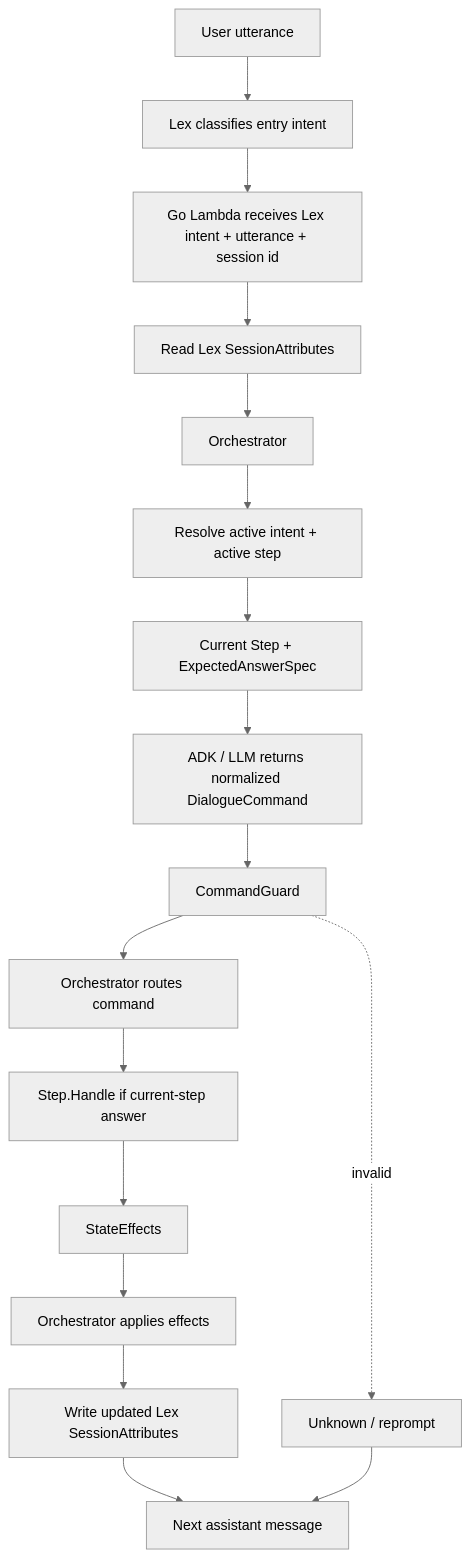
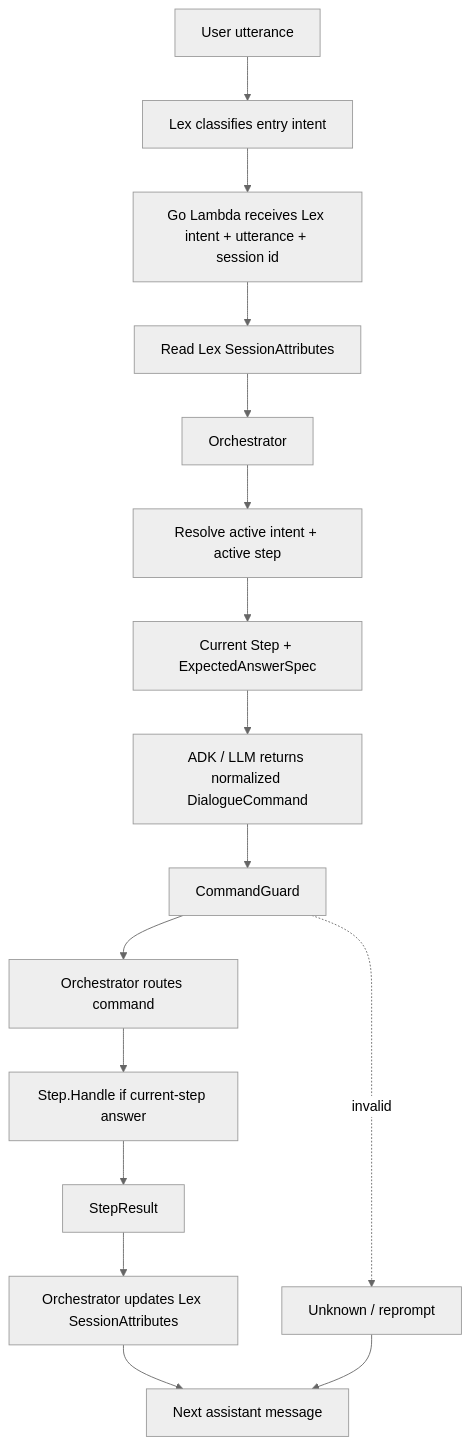
Before and after one commit to fghjkl007/adk-go-company-model-integration: the first of 8 diagrams in docs/superpowers/specs/2026-06-07-intent-step-orchestration-confluence.md, drawn with Mermaid (neutral theme). The commit also changed other lines of this file, not shown here.

Commit message:
docs: align demo diagrams with session attributes

````diff
--- a/docs/superpowers/specs/2026-06-07-intent-step-orchestration-confluence.md
+++ b/docs/superpowers/specs/2026-06-07-intent-step-orchestration-confluence.md
@@ -27,20 +27,19 @@
 ```mermaid
 flowchart TD
   User["User utterance"] --> Lex["Lex classifies entry intent"]
   Lex --> Lambda["Go Lambda receives Lex intent + utterance + session id"]
   Lambda --> SessionRead["Read Lex SessionAttributes"]
   SessionRead --> Orchestrator["Orchestrator"]
   Orchestrator --> Active["Resolve active intent + active step"]
   Active --> Spec["Current Step + ExpectedAnswerSpec"]
   Spec --> Command["ADK / LLM returns normalized DialogueCommand"]
   Command --> Guard["CommandGuard"]
   Guard --> Route["Orchestrator routes command"]
   Route --> Step["Step.Handle if current-step answer"]
-  Step --> Effects["StateEffects"]
-  Effects --> Apply["Orchestrator applies effects"]
-  Apply --> SessionWrite["Write updated Lex SessionAttributes"]
+  Step --> StepResult["StepResult"]
+  StepResult --> SessionWrite["Orchestrator updates Lex SessionAttributes"]
   SessionWrite --> Response["Next assistant message"]
 
   Guard -. "invalid" .-> Unknown["Unknown / reprompt"]
   Unknown --> Response
 ```
````
